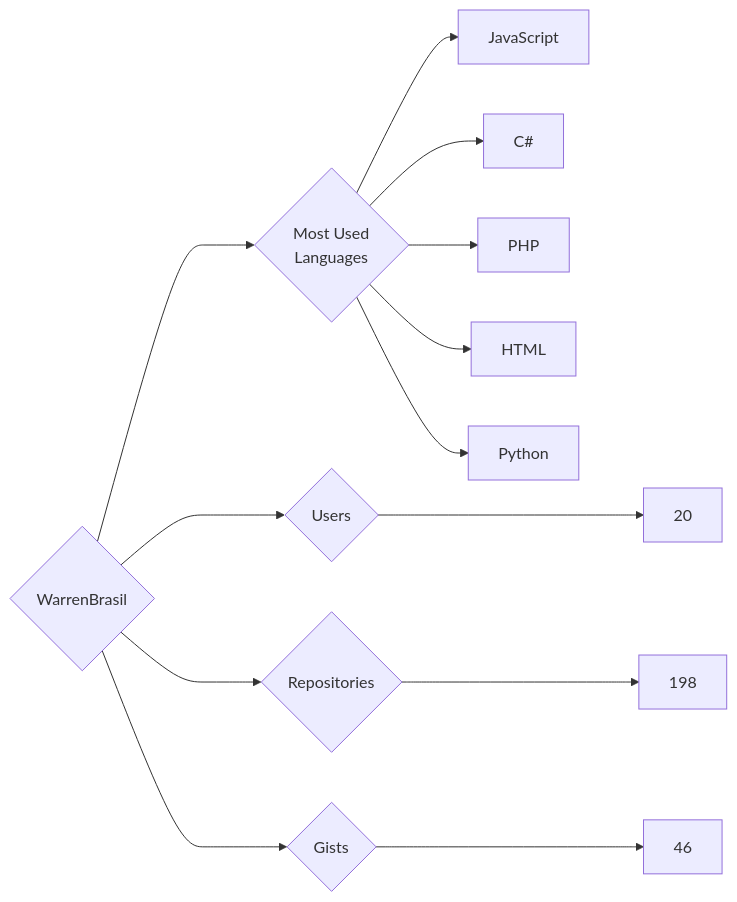
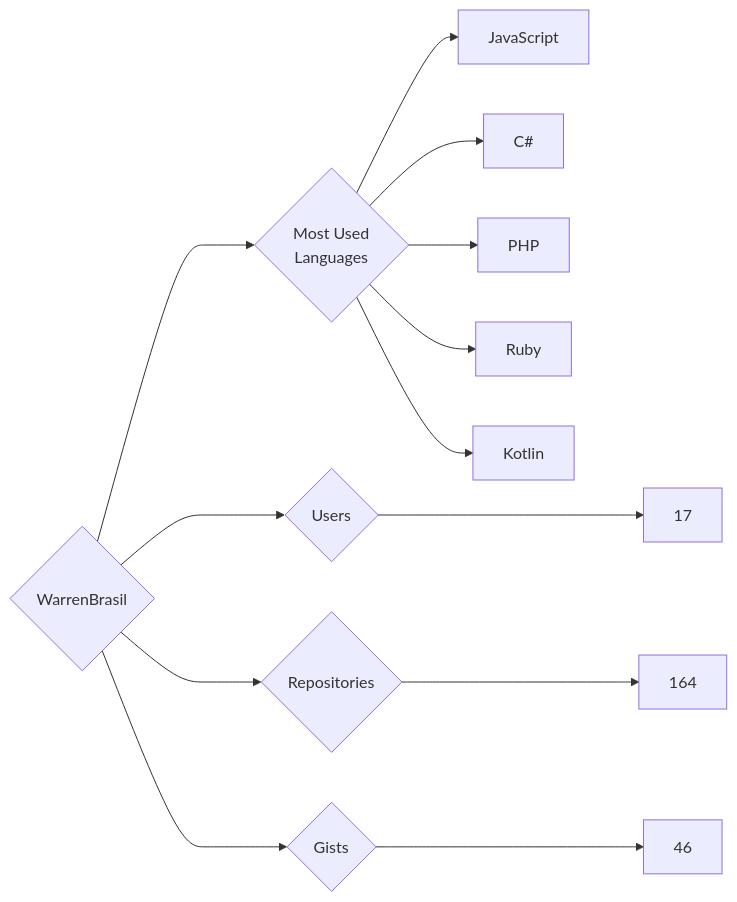
The diagram in targets/WarrenBrasil/README.md (trickest/insiders), drawn with Mermaid before and after one commit. The commit also changed 1248 other files, not shown here.

````diff
--- a/targets/WarrenBrasil/README.md
+++ b/targets/WarrenBrasil/README.md
@@ -3,13 +3,13 @@
 ```mermaid
 graph LR
 COMPANY_NAME{WarrenBrasil}
-COMPANY_NAME ---> U{Users} ---> UN[20]
-COMPANY_NAME ---> R{Repositories} ---> RN[198]
+COMPANY_NAME ---> U{Users} ---> UN[17]
+COMPANY_NAME ---> R{Repositories} ---> RN[164]
 COMPANY_NAME ---> G{Gists} ---> GN[46]
 COMPANY_NAME ---> ML{Most Used<br>Languages}
 ML --> JavaScript[JavaScript]
 ML --> C#[C#]
 ML --> PHP[PHP]
-ML --> HTML[HTML]
-ML --> Python[Python]
+ML --> Ruby[Ruby]
+ML --> Kotlin[Kotlin]
 ```
````
